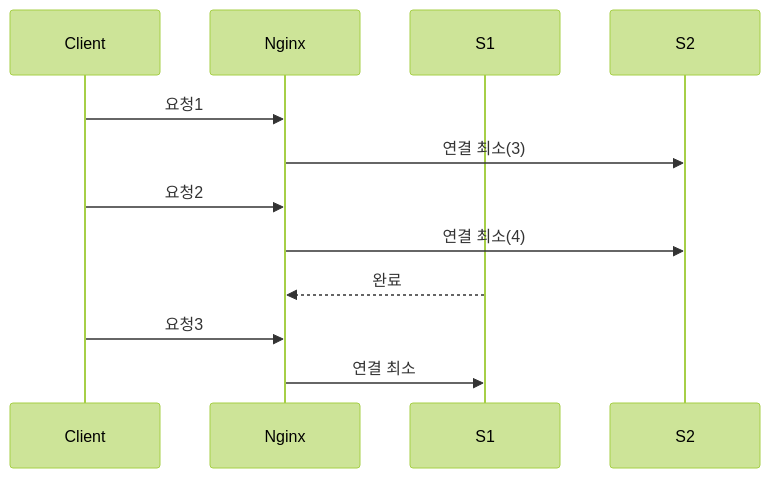
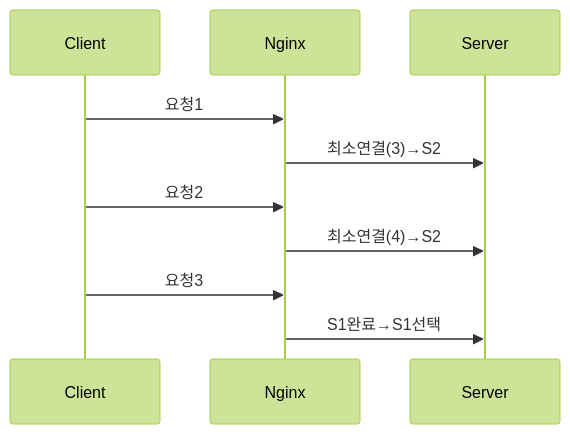
One commit to yjkim2015/yjkim2015.github.io changed the tenth of 18 diagrams in _posts/server/2026-05-01-nginx.md. Above: the diagram before and after it, drawn with Mermaid (forest theme). The commit also changed other lines of this file and 48 other files, not shown here.

First line of the commit message:
Mermaid 최종 47건 수정: participant/노드/줄수/라벨 전부 기준 이하

````diff
--- a/_posts/server/2026-05-01-nginx.md
+++ b/_posts/server/2026-05-01-nginx.md
@@ -375,14 +375,12 @@
 ```mermaid
 sequenceDiagram
     participant C as Client
     participant N as Nginx
-    participant S1 as S1
-    participant S2 as S2
+    participant S as Server
     C->>N: 요청1
-    N->>S2: 연결 최소(3)
+    N->>S: 최소연결(3)→S2
     C->>N: 요청2
-    N->>S2: 연결 최소(4)
-    S1-->>N: 완료
+    N->>S: 최소연결(4)→S2
     C->>N: 요청3
-    N->>S1: 연결 최소
+    N->>S: S1완료→S1선택
 ```
````
